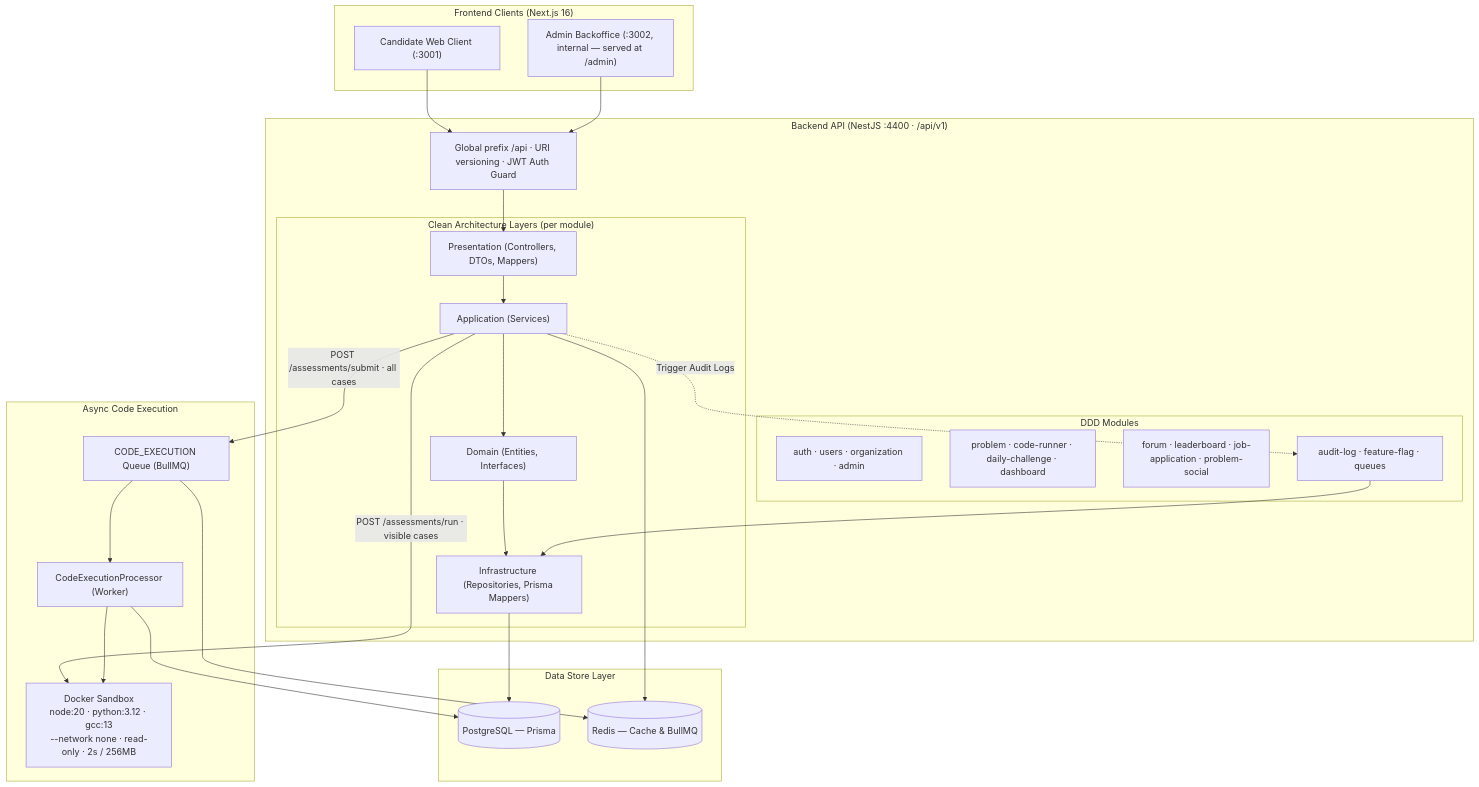
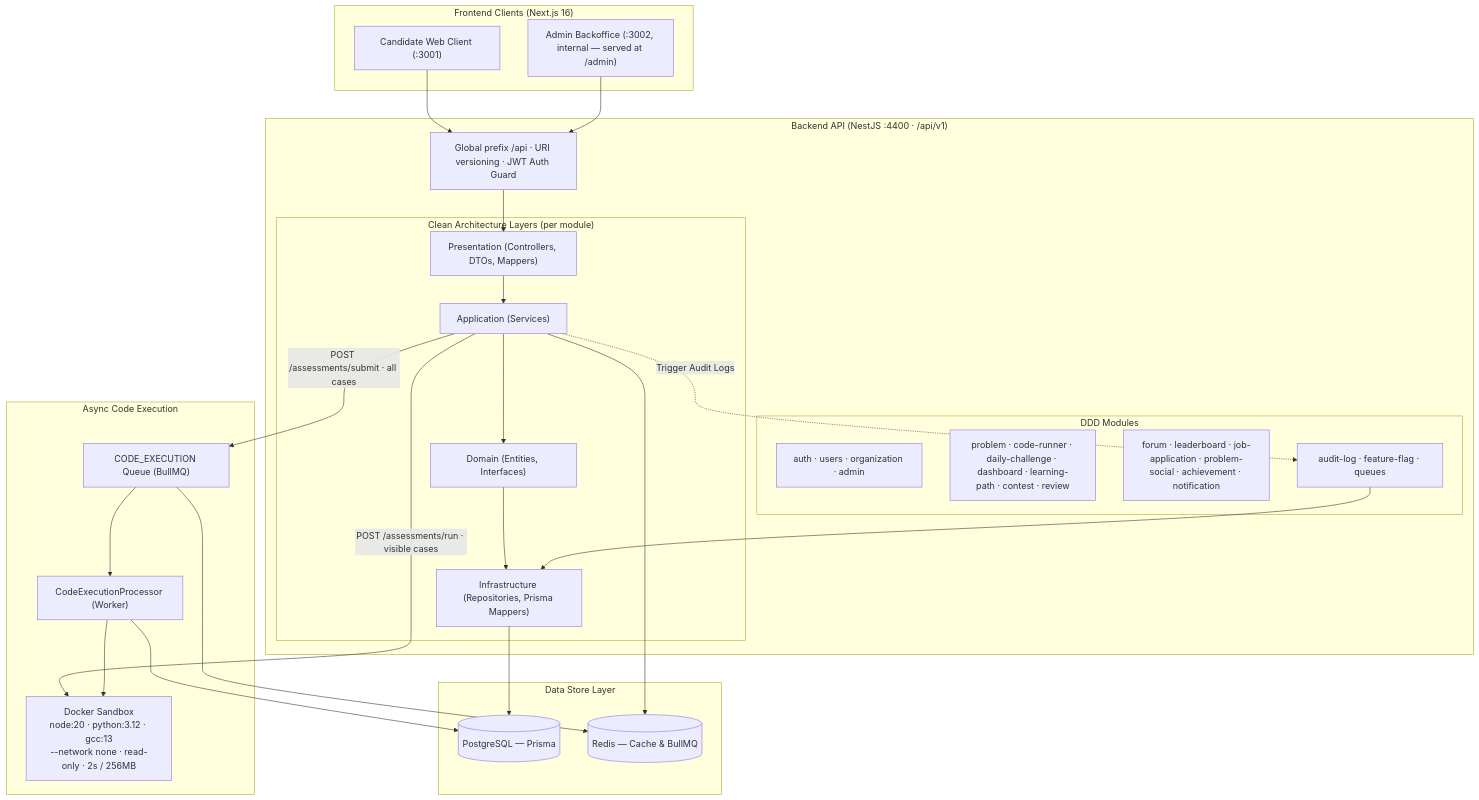
Before and after one commit to rizonkumar/elevateSDE: the diagram in README.md, drawn with Mermaid. The commit also changed other lines of this file and 7 other files, not shown here.

````diff
--- a/README.md
+++ b/README.md
@@ -12,57 +12,57 @@
 ```mermaid
 graph TD
     subgraph Clients["Frontend Clients (Next.js 16)"]
         Web["Candidate Web Client (:3001)"]
         Admin["Admin Backoffice (:3002, internal — served at /admin)"]
     end
 
     subgraph API["Backend API (NestJS :4400 · /api/v1)"]
         Gateway["Global prefix /api · URI versioning · JWT Auth Guard"]
 
         subgraph Domains["DDD Modules"]
             CoreMods["auth · users · organization · admin"]
-            LearnMods["problem · code-runner · daily-challenge · dashboard"]
-            CommMods["forum · leaderboard · job-application · problem-social"]
+            LearnMods["problem · code-runner · daily-challenge · dashboard · learning-path · contest · review"]
+            CommMods["forum · leaderboard · job-application · problem-social · achievement · notification"]
             PlatMods["audit-log · feature-flag · queues"]
         end
 
         subgraph Layers["Clean Architecture Layers (per module)"]
             Pres["Presentation (Controllers, DTOs, Mappers)"]
             App["Application (Services)"]
             Dom["Domain (Entities, Interfaces)"]
             Infra["Infrastructure (Repositories, Prisma Mappers)"]
         end
     end
 
     subgraph Async["Async Code Execution"]
         Queue["CODE_EXECUTION Queue (BullMQ)"]
         Worker["CodeExecutionProcessor (Worker)"]
         Sandbox["Docker Sandbox<br/>node:20 · python:3.12 · gcc:13<br/>--network none · read-only · 2s / 256MB"]
     end
 
     subgraph Storage["Data Store Layer"]
         DB[("PostgreSQL — Prisma")]
         Cache[("Redis — Cache & BullMQ")]
     end
 
     Web --> Gateway
     Admin --> Gateway
     Gateway --> Pres
     Pres --> App
     App --> Dom
     Dom --> Infra
     Infra --> DB
     App --> Cache
 
     %% Code execution: synchronous run vs queued submit
     App -->|POST /assessments/run · visible cases| Sandbox
     App -->|POST /assessments/submit · all cases| Queue
     Queue --> Cache
     Queue --> Worker
     Worker --> Sandbox
     Worker --> DB
 
     %% Audit Logging Hook
     App -.->|Trigger Audit Logs| PlatMods
     PlatMods --> Infra
 ```
````
